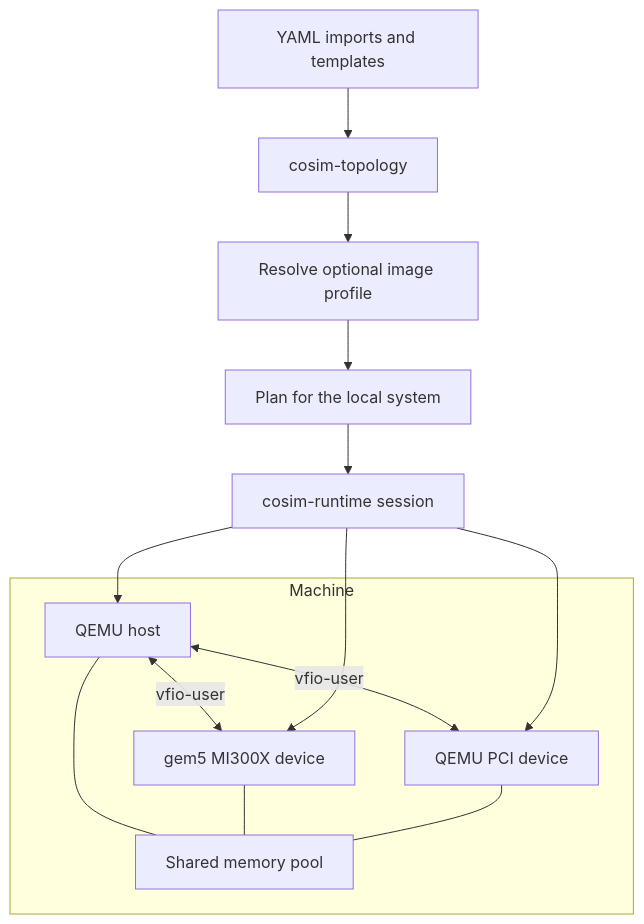
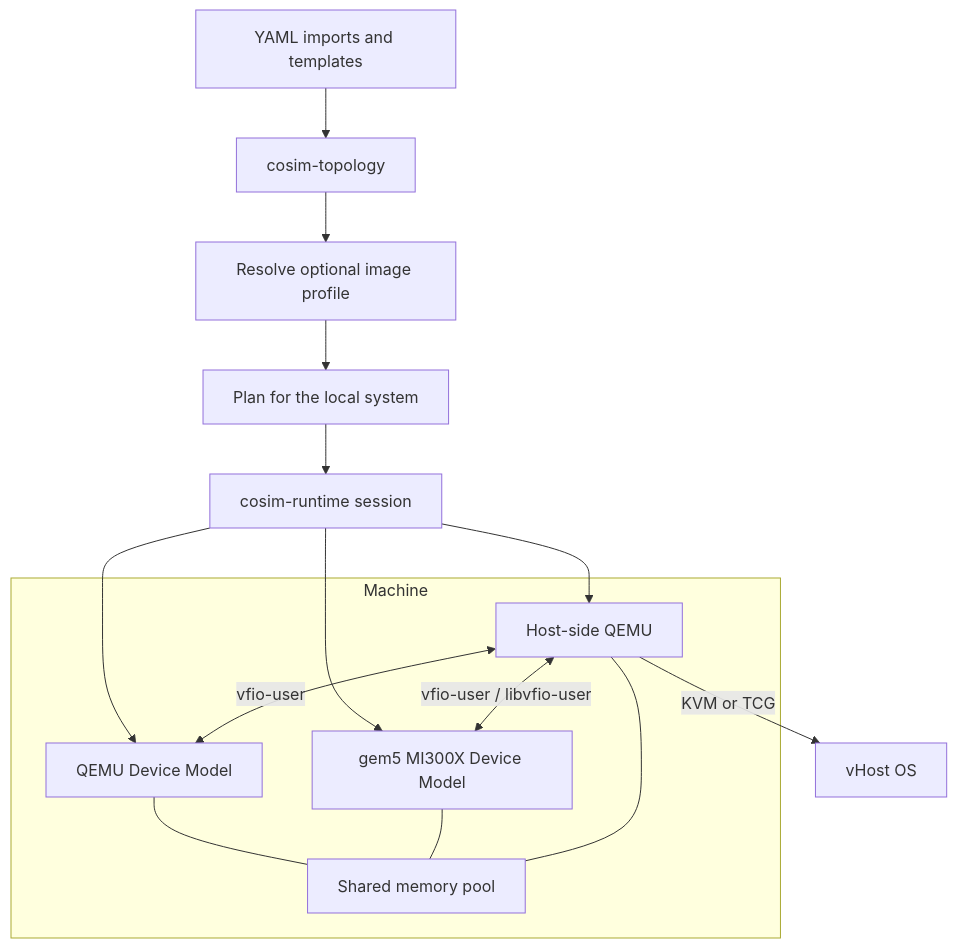
One commit to chengchen512/cosim-gpu changed the first of 3 diagrams in docs/en/architecture.md. Above: the diagram before and after it, drawn with Mermaid. The commit also changed other lines of this file and 45 other files, not shown here.

````diff
--- a/docs/en/architecture.md
+++ b/docs/en/architecture.md
@@ -14,21 +27,22 @@
 ```mermaid
 flowchart TD
     Y[YAML imports and templates] --> T[cosim-topology]
     T --> I[Resolve optional image profile]
     I --> P[Plan for the local system]
     P --> R[cosim-runtime session]
     subgraph M[Machine]
-        H[QEMU host]
-        G[gem5 MI300X device]
-        Q[QEMU PCI device]
+        H[Host-side QEMU]
+        G[gem5 MI300X Device Model]
+        Q[QEMU Device Model]
         F[Shared memory pool]
-        H <-->|vfio-user| G
+        H <-->|vfio-user / libvfio-user| G
         H <-->|vfio-user| Q
         H --- F
         G --- F
         Q --- F
     end
     R --> H
     R --> G
     R --> Q
+    H -->|KVM or TCG| V[vHost OS]
 ```
````
